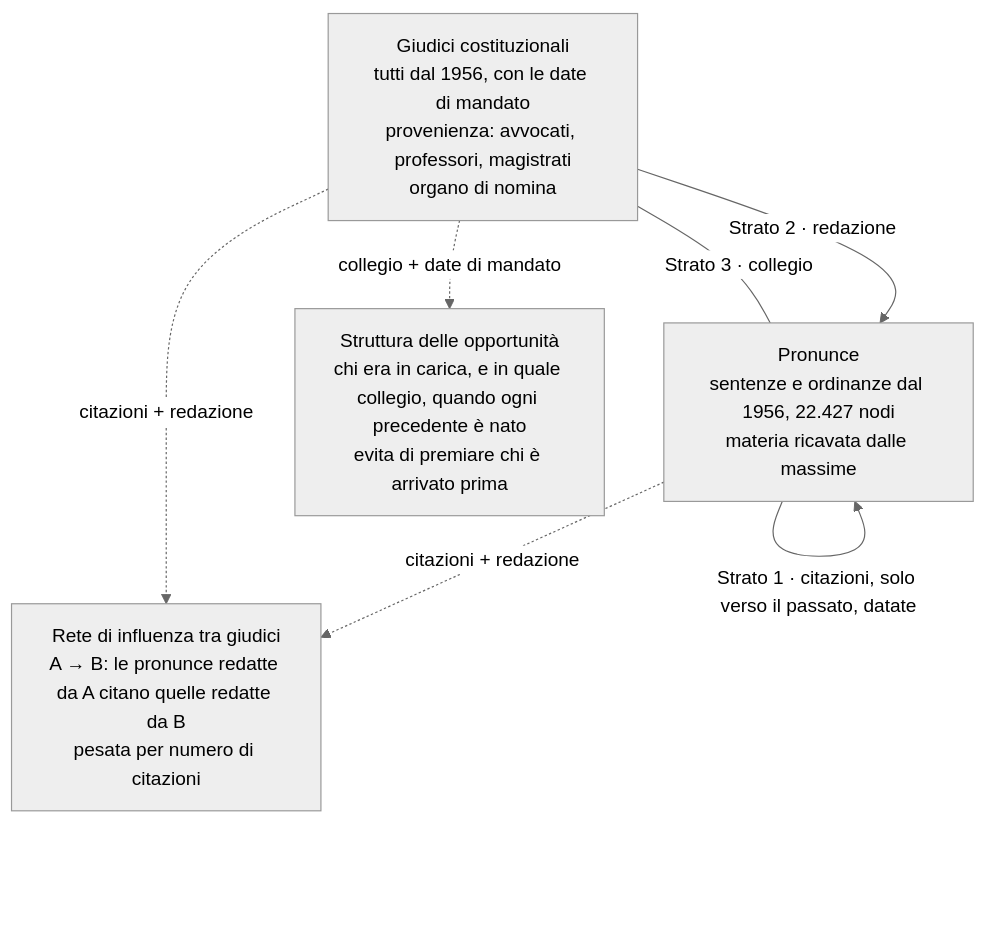
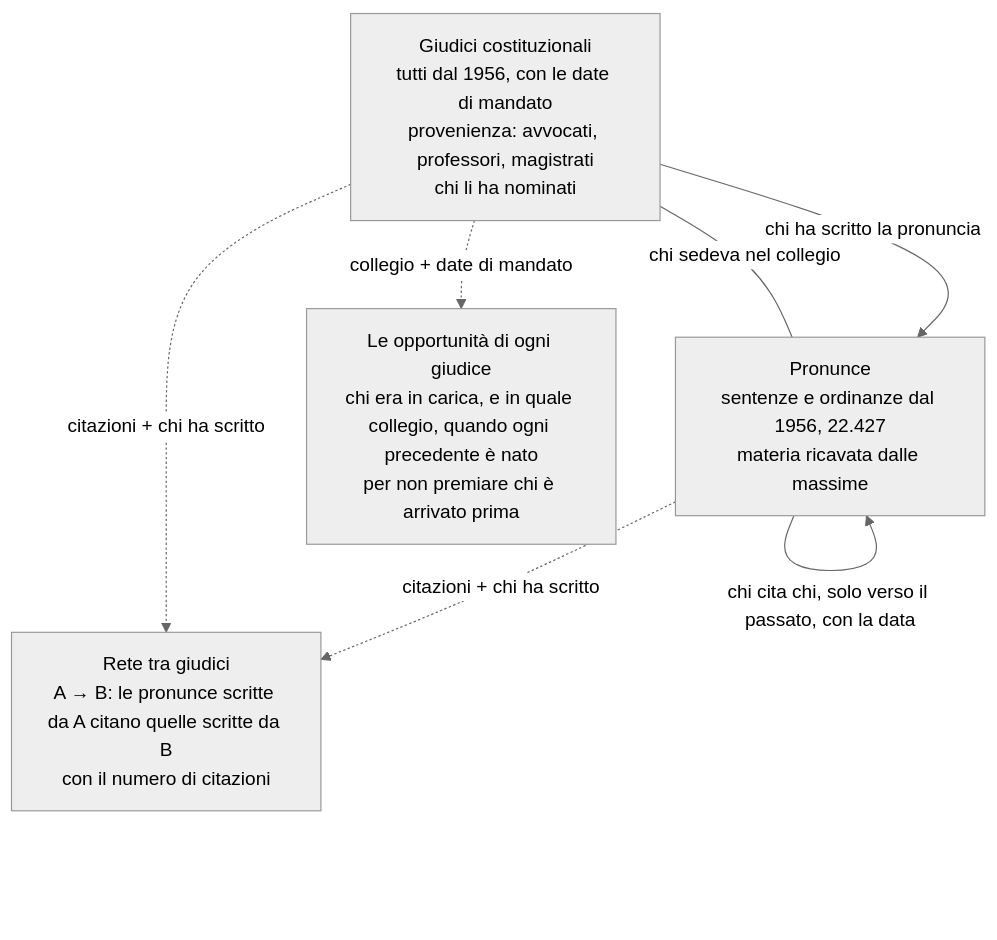
Before and after one commit to toradol-colati/smwa-corte-costituzionale: the first of 2 diagrams in docs/spec.md, drawn with Mermaid (neutral theme). The commit also changed other lines of this file, not shown here.

````diff
--- a/docs/spec.md
+++ b/docs/spec.md
@@ -104,13 +104,13 @@
 ```mermaid
 flowchart TB
-    G["Giudici costituzionali<br/>tutti dal 1956, con le date di mandato<br/>provenienza: avvocati, professori, magistrati<br/>organo di nomina"]
-    P["Pronunce<br/>sentenze e ordinanze dal 1956, 22.427 nodi<br/>materia ricavata dalle massime"]
-    G -->|"Strato 2 · redazione"| P
-    G ---|"Strato 3 · collegio"| P
-    P -->|"Strato 1 · citazioni, solo verso il passato, datate"| P
-    I["Rete di influenza tra giudici<br/>A → B: le pronunce redatte da A citano quelle redatte da B<br/>pesata per numero di citazioni"]
-    O["Struttura delle opportunità<br/>chi era in carica, e in quale collegio, quando ogni precedente è nato<br/>evita di premiare chi è arrivato prima"]
-    P -.->|"citazioni + redazione"| I
-    G -.->|"citazioni + redazione"| I
+    G["Giudici costituzionali<br/>tutti dal 1956, con le date di mandato<br/>provenienza: avvocati, professori, magistrati<br/>chi li ha nominati"]
+    P["Pronunce<br/>sentenze e ordinanze dal 1956, 22.427<br/>materia ricavata dalle massime"]
+    G -->|"chi ha scritto la pronuncia"| P
+    G ---|"chi sedeva nel collegio"| P
+    P -->|"chi cita chi, solo verso il passato, con la data"| P
+    I["Rete tra giudici<br/>A → B: le pronunce scritte da A citano quelle scritte da B<br/>con il numero di citazioni"]
+    O["Le opportunità di ogni giudice<br/>chi era in carica, e in quale collegio, quando ogni precedente è nato<br/>per non premiare chi è arrivato prima"]
+    P -.->|"citazioni + chi ha scritto"| I
+    G -.->|"citazioni + chi ha scritto"| I
     G -.->|"collegio + date di mandato"| O
 ```
````
